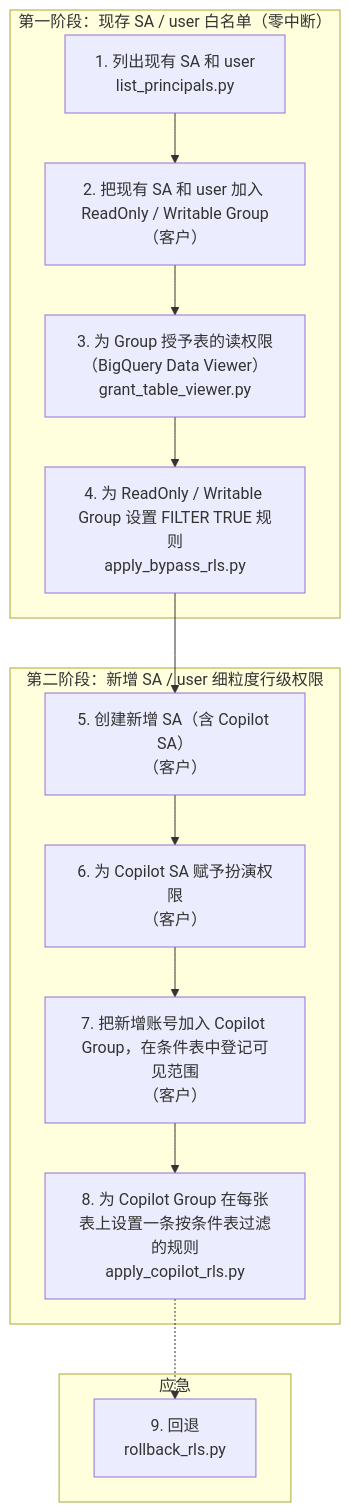
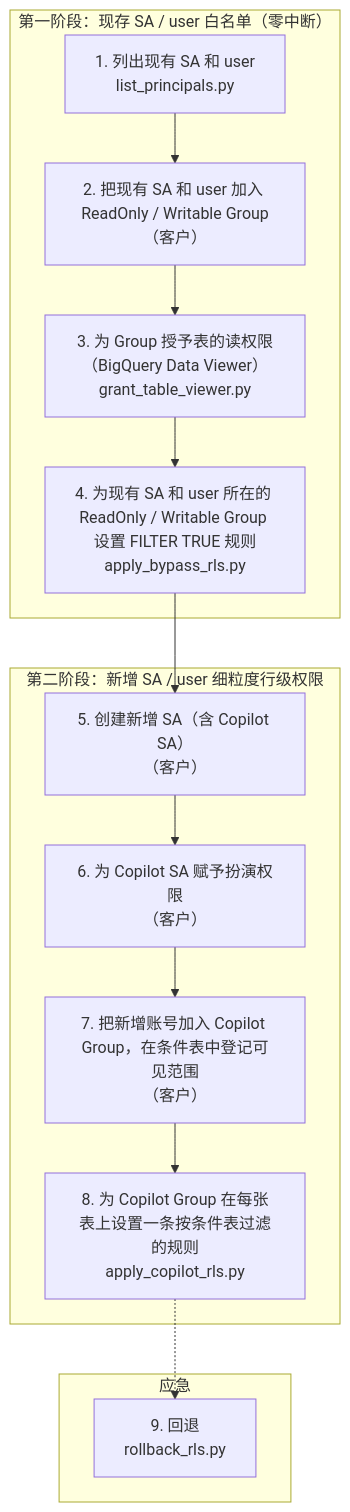
Before and after one commit to DigitalWNZ/bq-sa-rls-toolkit: the diagram in README.md, drawn with Mermaid. The commit also changed other lines of this file, not shown here.

Commit message:
README: step 4 wording - existing SAs and users' groups
Flowchart step 4 and the two-group explanation now say "the groups of
existing SAs and users", matching the Google Doc.

TAG=agy
CONV=c1e3c7cc-09cc-4bfa-96e0-0b2dfc853c19

````diff
--- a/README.md
+++ b/README.md
@@ -35,18 +35,18 @@
 ```mermaid
 flowchart TD
     subgraph S1["第一阶段：现存 SA / user 白名单（零中断）"]
         A["1. 列出现有 SA 和 user<br/>list_principals.py"] --> B["2. 把现有 SA 和 user 加入 ReadOnly / Writable Group<br/>（客户）"]
         B --> V["3. 为 Group 授予表的读权限（BigQuery Data Viewer）<br/>grant_table_viewer.py"]
-        V --> C["4. 为 ReadOnly / Writable Group 设置 FILTER TRUE 规则<br/>apply_bypass_rls.py"]
+        V --> C["4. 为现有 SA 和 user 所在的 ReadOnly / Writable Group 设置 FILTER TRUE 规则<br/>apply_bypass_rls.py"]
     end
     subgraph S2["第二阶段：新增 SA / user 细粒度行级权限"]
         D["5. 创建新增 SA（含 Copilot SA）<br/>（客户）"] --> E["6. 为 Copilot SA 赋予扮演权限<br/>（客户）"]
         E --> F["7. 把新增账号加入 Copilot Group，在条件表中登记可见范围<br/>（客户）"]
         F --> G["8. 为 Copilot Group 在每张表上设置一条按条件表过滤的规则<br/>apply_copilot_rls.py"]
     end
     subgraph S3["应急"]
         H["9. 回退<br/>rollback_rls.py"]
     end
     C --> D
     G -.-> H
 ```
````
